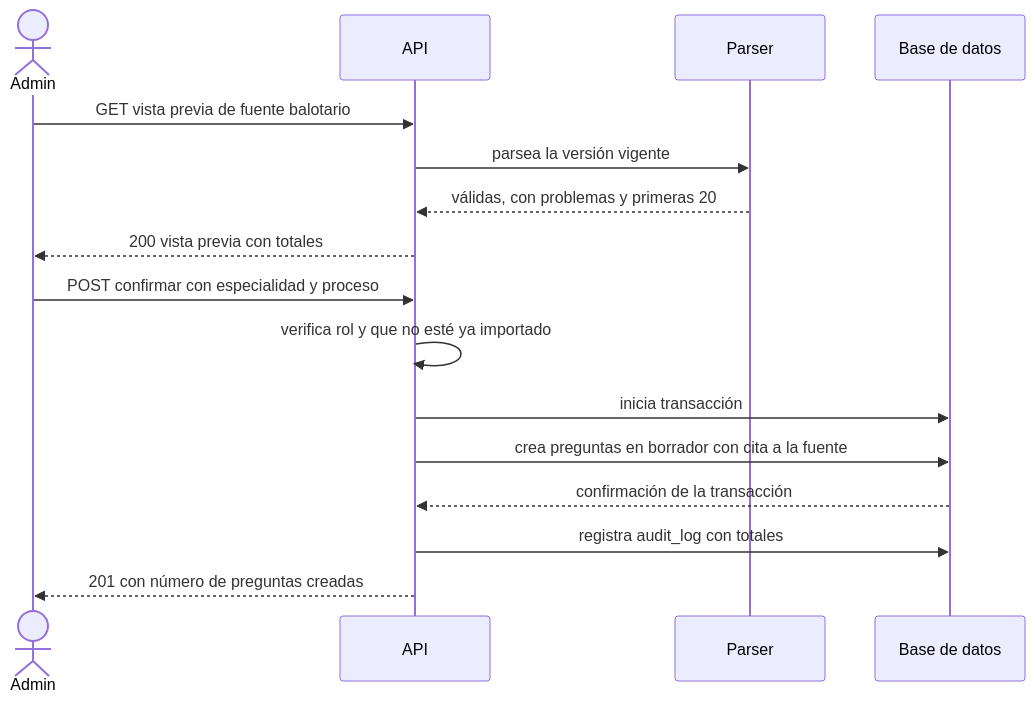
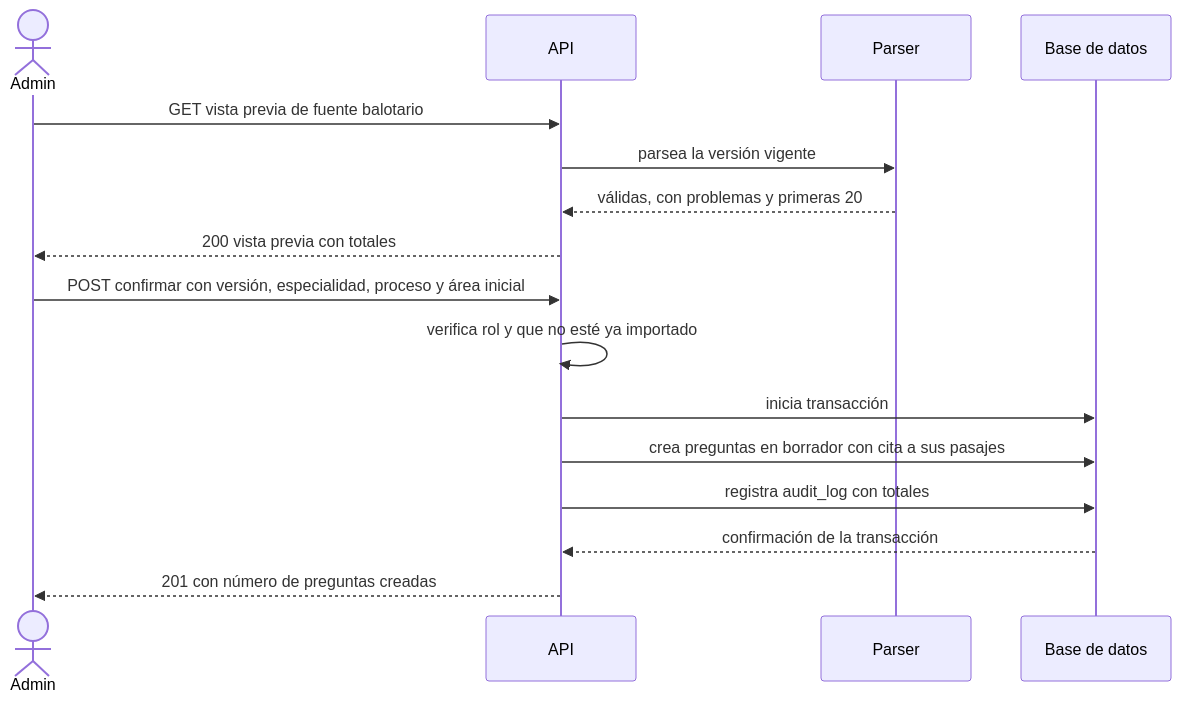
The diagram in docs/stories/serums-ia/E3-03-importacion-balotario.md (bacsystem/learning), drawn with Mermaid before and after one commit. The commit also changed other lines of this file and 9 other files, not shown here.

````diff
--- a/docs/stories/serums-ia/E3-03-importacion-balotario.md
+++ b/docs/stories/serums-ia/E3-03-importacion-balotario.md
@@ -28,18 +36,18 @@
 ```mermaid
 sequenceDiagram
   actor A as Admin
   participant API as API
   participant P as Parser
   participant DB as Base de datos
   A->>API: GET vista previa de fuente balotario
   API->>P: parsea la versión vigente
   P-->>API: válidas, con problemas y primeras 20
   API-->>A: 200 vista previa con totales
-  A->>API: POST confirmar con especialidad y proceso
+  A->>API: POST confirmar con versión, especialidad, proceso y área inicial
   API->>API: verifica rol y que no esté ya importado
   API->>DB: inicia transacción
-  API->>DB: crea preguntas en borrador con cita a la fuente
+  API->>DB: crea preguntas en borrador con cita a sus pasajes
+  API->>DB: registra audit_log con totales
   DB-->>API: confirmación de la transacción
-  API->>DB: registra audit_log con totales
   API-->>A: 201 con número de preguntas creadas
 ```
````
